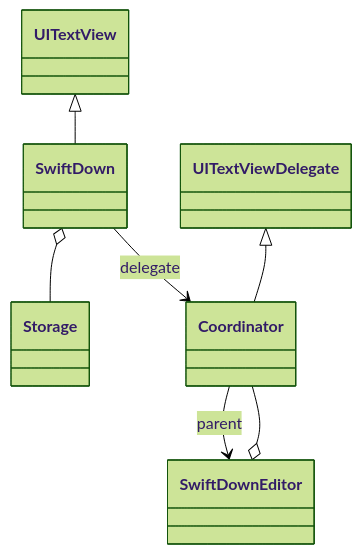
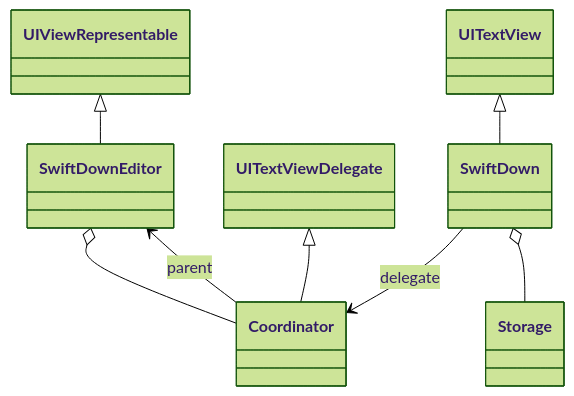
One commit to ingun37/markdown-math changed the second of 3 diagrams in README.md. Above: the diagram before and after it, drawn with Mermaid (forest theme).

````diff
--- a/README.md
+++ b/README.md
@@ -129,10 +129,10 @@
 ```mermaid
 classDiagram
+UIViewRepresentable <|-- SwiftDownEditor
+SwiftDownEditor o-- Coordinator
+UITextViewDelegate <|-- Coordinator
+SwiftDown --> Coordinator : delegate
 UITextView <|-- SwiftDown
+Coordinator --> SwiftDownEditor : parent
 SwiftDown o-- Storage
-SwiftDown --> Coordinator : delegate
-UITextViewDelegate <|-- Coordinator
-SwiftDownEditor o-- Coordinator
-Coordinator --> SwiftDownEditor : parent
-
 ```
````
